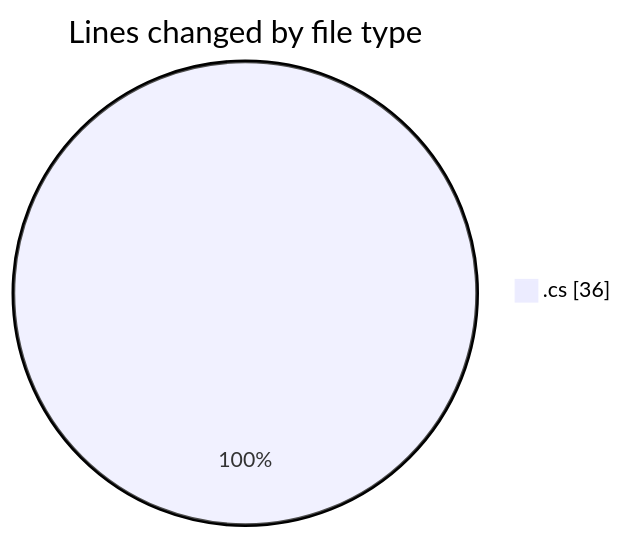
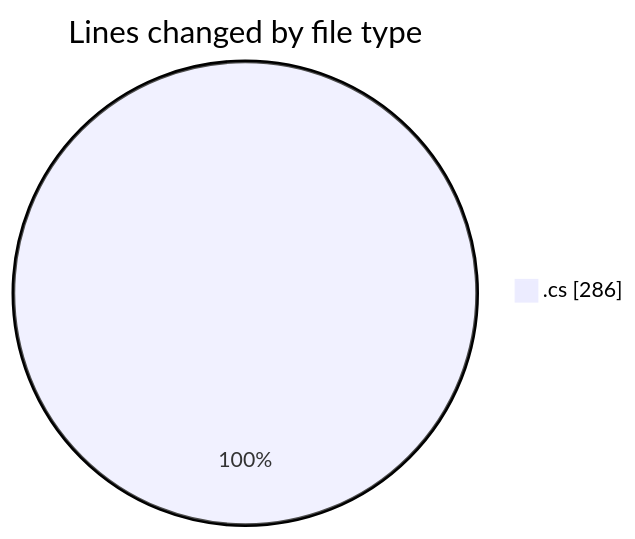
Before and after one commit to Netris89/code-tracking: the first of 2 diagrams in 2025-03-24/back-end/README.md, drawn with Mermaid. The commit also changed other lines of this file and 1 other file, not shown here.

````diff
--- a/2025-03-24/back-end/README.md
+++ b/2025-03-24/back-end/README.md
@@ -20,5 +21,5 @@
 ```mermaid
 pie showData
 title Lines changed by file type
-".cs" : 36
+".cs" : 286
 ```
````
